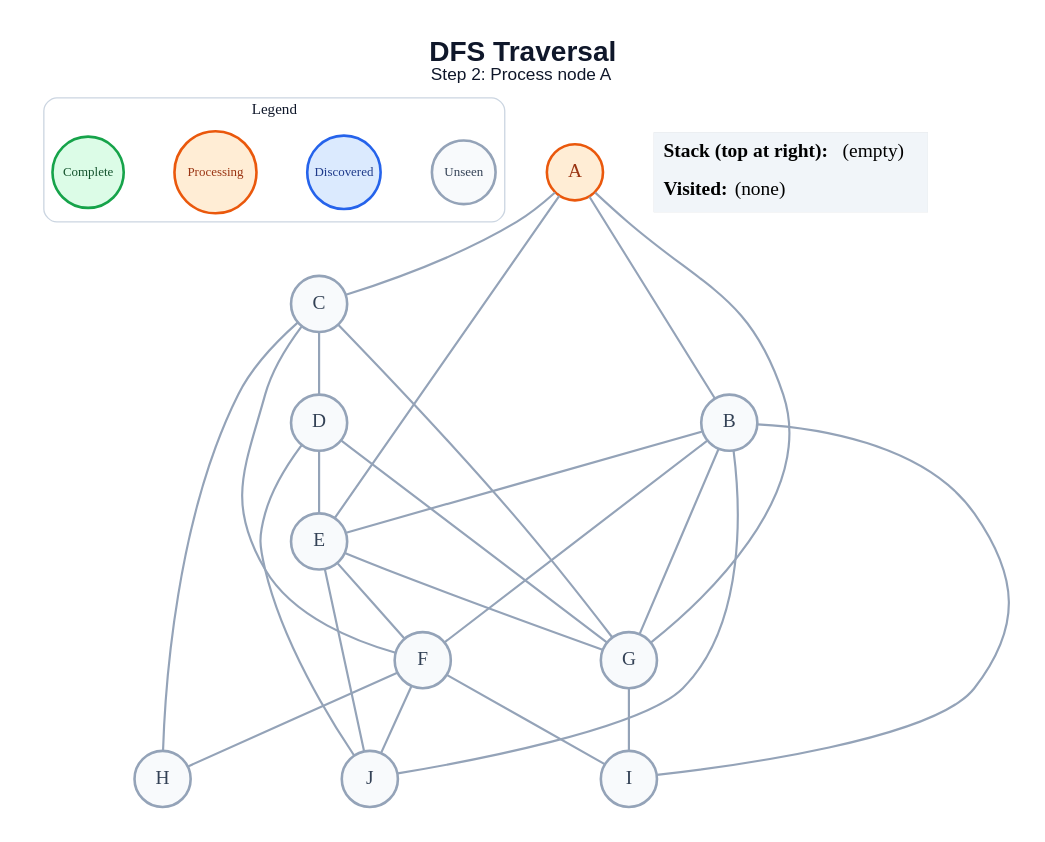
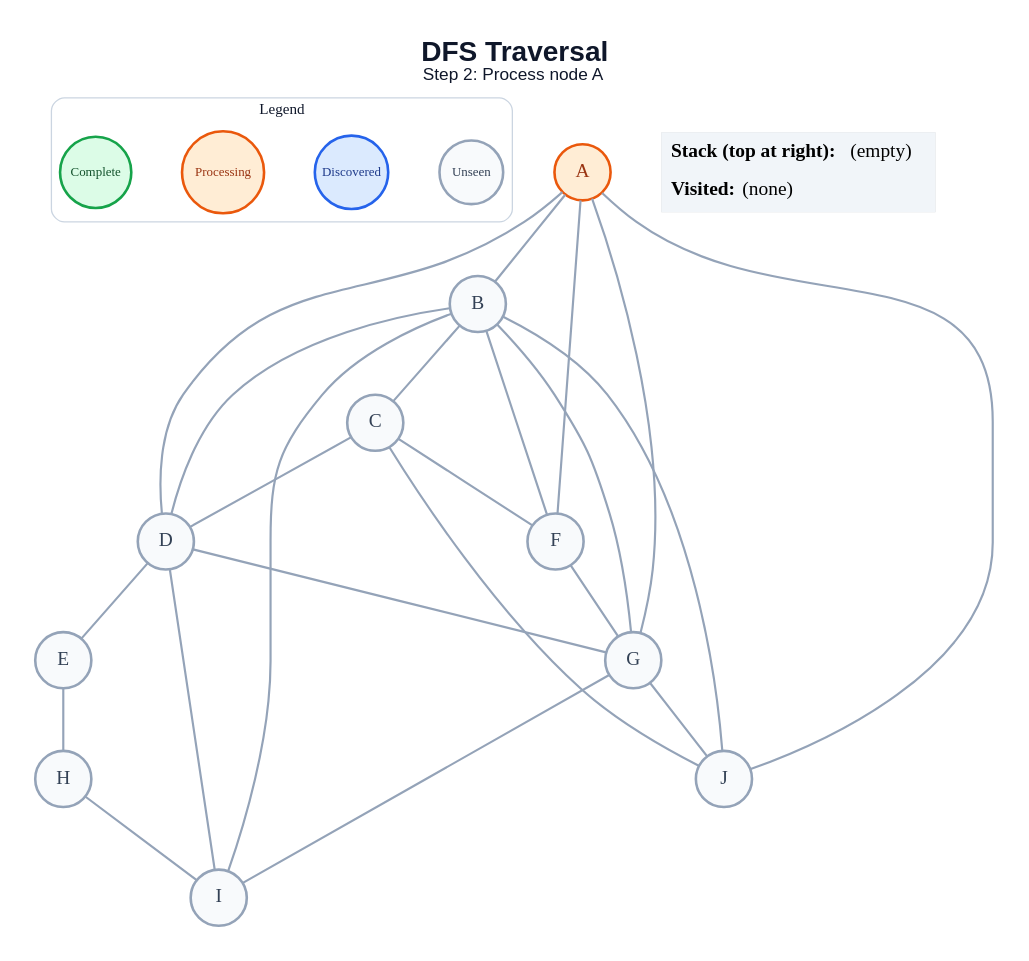
One commit to amanghodawala9/ai-slop changed the diagram in generated/dfs/step_02.dot. Above: the diagram before and after it, drawn with Graphviz. The commit also changed 178 other files, not shown here.

```diff
--- a/generated/dfs/step_02.dot
+++ b/generated/dfs/step_02.dot
@@ -1,52 +1,51 @@
 graph traversal {
   graph [layout=dot, rankdir=TB, bgcolor="#FFFFFF", pad="0.35", nodesep="0.65", ranksep="0.8", fontname="Arial"];
   node [shape=circle, style="filled", fontname="Arial Bold", fontsize=18, width=0.72, fixedsize=true, penwidth=2.4];
   edge [color="#94A3B8", penwidth=2.0];
   label=<<B>DFS Traversal</B><BR/><FONT POINT-SIZE="16">Step 2: Process node A</FONT>>; labelloc="t"; fontsize=26; fontname="Arial"; fontcolor="#0F172A";
   subgraph cluster_legend { label="Legend"; color="#CBD5E1"; penwidth=1.2; style="rounded"; fontsize=14; fontname="Arial Bold";
     key_unseen [label="Unseen", fillcolor="#F8FAFC", color="#94A3B8", fontcolor="#334155", fontsize=12, width=0.82];
     key_frontier [label="Discovered", fillcolor="#DBEAFE", color="#2563EB", fontcolor="#1E3A8A", fontsize=12, width=0.95];
     key_current [label="Processing", fillcolor="#FFEDD5", color="#EA580C", fontcolor="#9A3412", fontsize=12, width=1.05];
     key_done [label="Complete", fillcolor="#DCFCE7", color="#16A34A", fontcolor="#14532D", fontsize=12, width=0.92];
     { rank=same; key_unseen; key_frontier; key_current; key_done; }
   }
   A [fillcolor="#FFEDD5", color="#EA580C", fontcolor="#9A3412"];
   B [fillcolor="#F8FAFC", color="#94A3B8", fontcolor="#334155"];
   C [fillcolor="#F8FAFC", color="#94A3B8", fontcolor="#334155"];
   D [fillcolor="#F8FAFC", color="#94A3B8", fontcolor="#334155"];
   E [fillcolor="#F8FAFC", color="#94A3B8", fontcolor="#334155"];
   F [fillcolor="#F8FAFC", color="#94A3B8", fontcolor="#334155"];
   G [fillcolor="#F8FAFC", color="#94A3B8", fontcolor="#334155"];
   H [fillcolor="#F8FAFC", color="#94A3B8", fontcolor="#334155"];
   I [fillcolor="#F8FAFC", color="#94A3B8", fontcolor="#334155"];
   J [fillcolor="#F8FAFC", color="#94A3B8", fontcolor="#334155"];
   A -- B;
-  A -- C;
-  A -- E;
+  A -- D;
+  A -- F;
   A -- G;
-  B -- E;
+  A -- J;
+  B -- C;
+  B -- D;
   B -- F;
   B -- G;
   B -- I;
   B -- J;
   C -- D;
   C -- F;
-  C -- G;
-  C -- H;
+  C -- J;
   D -- E;
   D -- G;
-  D -- J;
-  E -- F;
-  E -- G;
-  E -- J;
-  F -- H;
-  F -- I;
-  F -- J;
+  D -- I;
+  E -- H;
+  F -- G;
   G -- I;
+  G -- J;
+  H -- I;
   status [shape=plain, fixedsize=false, width=0, height=0, margin=0, label=<
     <TABLE BORDER="0" CELLBORDER="0" CELLPADDING="7" BGCOLOR="#F1F5F9">
       <TR><TD ALIGN="LEFT"><B>Stack (top at right):</B> (empty)</TD></TR>
       <TR><TD ALIGN="LEFT"><B>Visited:</B> (none)</TD></TR>
     </TABLE>
   >];
 }
```
